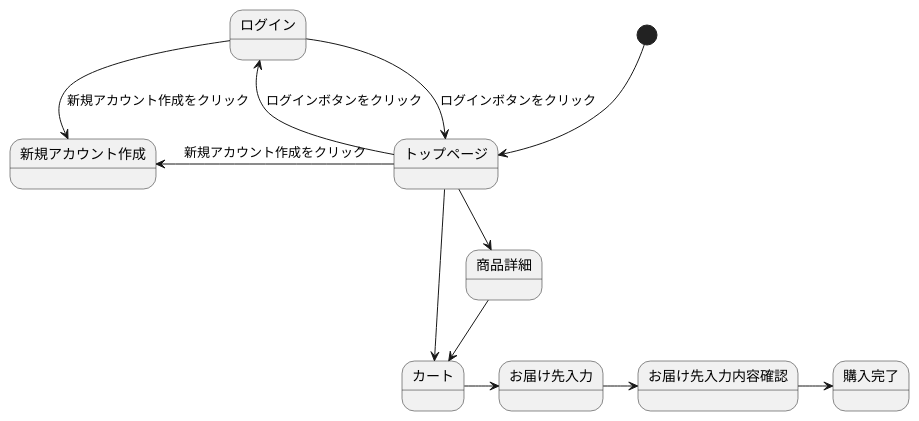
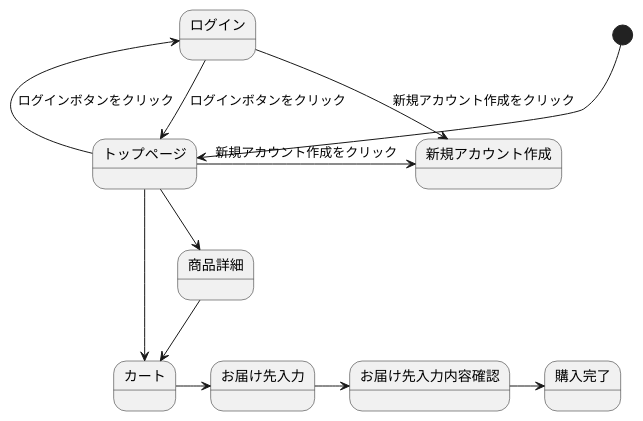
The diagram in sumple_01.md (Aso2001133/2021sys-design), drawn with PlantUML before and after one commit.

````diff
--- a/sumple_01.md
+++ b/sumple_01.md
@@ -1,15 +1,15 @@
 ```uml
 @startuml
 [*] --> トップページ
 トップページ -left-> ログイン : ログインボタンをクリック
-トップページ -left-> 新規アカウント作成 :新規アカウント作成をクリック
+トップページ -right-> 新規アカウント作成 :新規アカウント作成をクリック
 トップページ --> カート
 トップページ --> 商品詳細
 ログイン --> トップページ : ログインボタンをクリック
 ログイン --> 新規アカウント作成 :新規アカウント作成をクリック
 商品詳細 --> カート
 カート -> お届け先入力
 お届け先入力 -> お届け先入力内容確認
 お届け先入力内容確認 -> 購入完了
 @enduml
 ```
````
